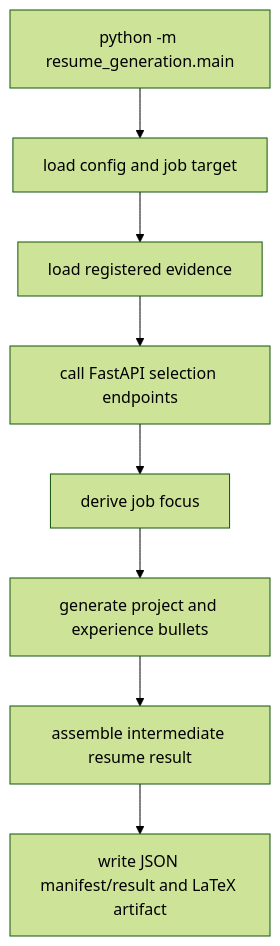
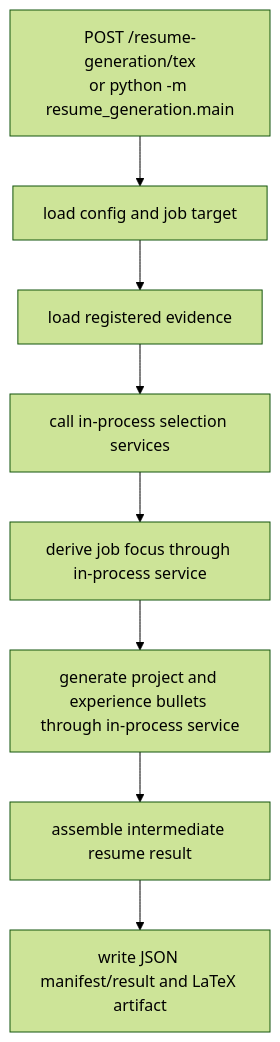
Before and after one commit to namerror/JobForge: the fifth of 5 diagrams in docs/architecture-overview.md, drawn with Mermaid (forest theme). The commit also changed other lines of this file and 40 other files, not shown here.

Commit message:
Move resume generation to backend

````diff
--- a/docs/architecture-overview.md
+++ b/docs/architecture-overview.md
@@ -202,10 +208,10 @@
 ```mermaid
 flowchart TD
-    A[python -m resume_generation.main] --> B[load config and job target]
+    A[POST /resume-generation/tex<br>or python -m resume_generation.main] --> B[load config and job target]
     B --> C[load registered evidence]
-    C --> D[call FastAPI selection endpoints]
-    D --> E[derive job focus]
-    E --> F[generate project and experience bullets]
+    C --> D[call in-process selection services]
+    D --> E[derive job focus through in-process service]
+    E --> F[generate project and experience bullets through in-process service]
     F --> G[assemble intermediate resume result]
     G --> H[write JSON manifest/result and LaTeX artifact]
 ```
````
